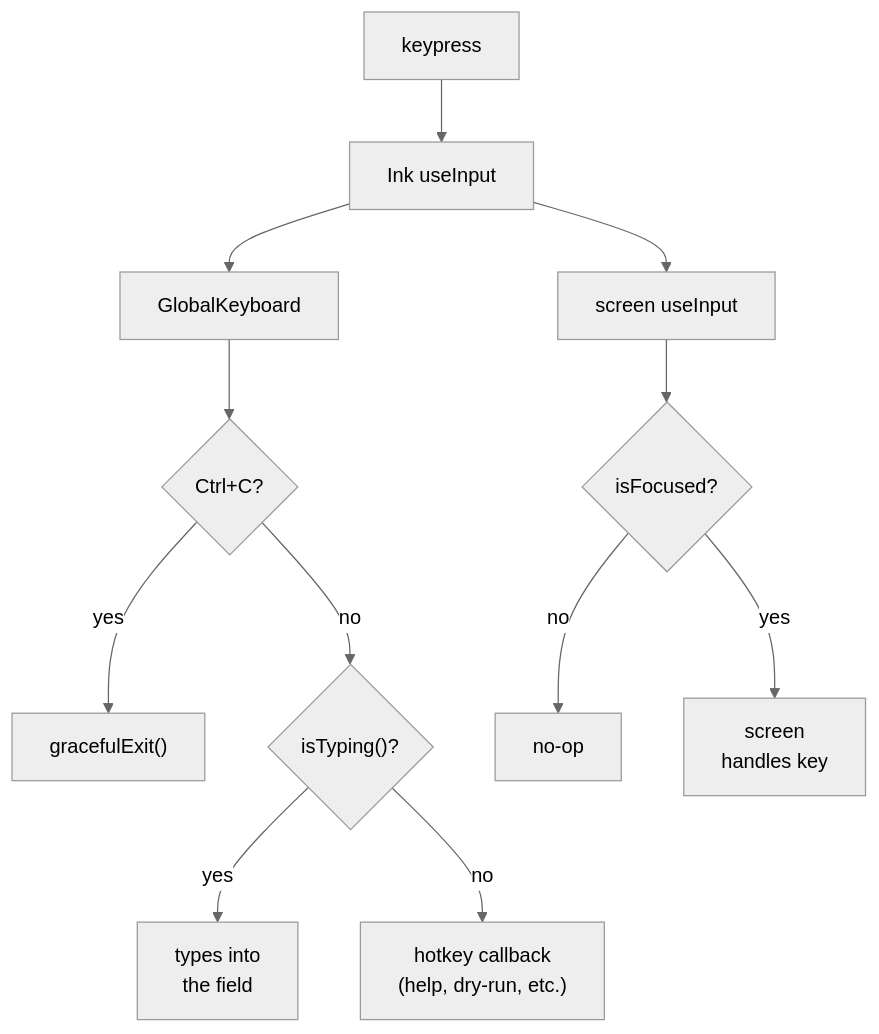
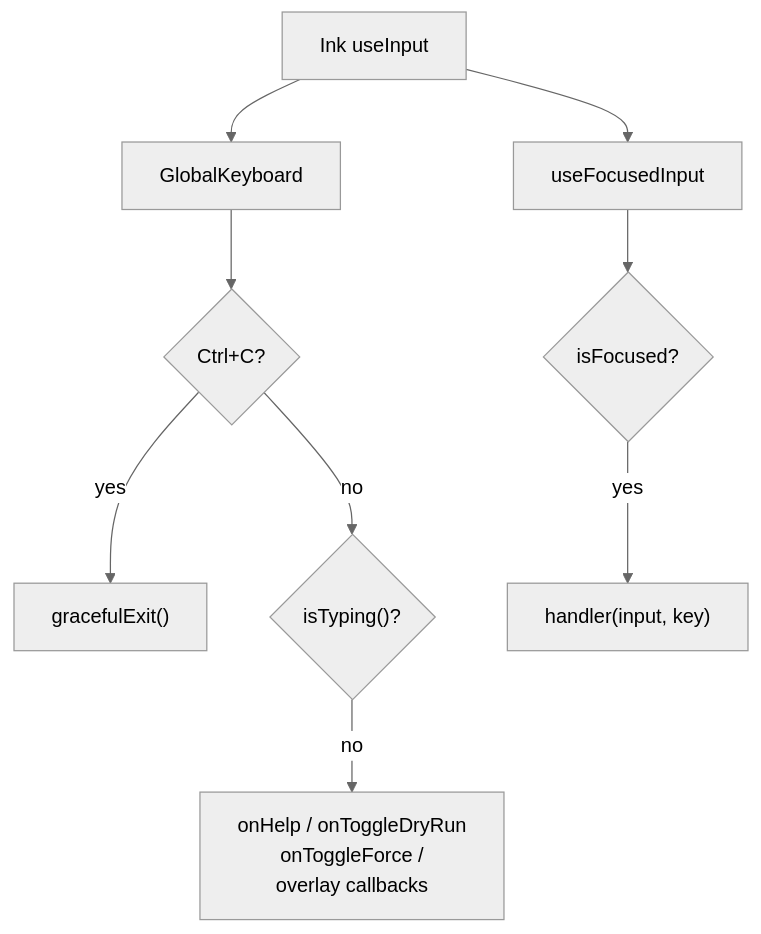
The second of 10 diagrams in docs/wiki/tui.md (noormdev/noorm), drawn with Mermaid (neutral theme) before and after one commit. The commit also changed other lines of this file and 557 other files, not shown here.

````diff
--- a/docs/wiki/tui.md
+++ b/docs/wiki/tui.md
@@ -23,14 +55,12 @@
 ```mermaid
 flowchart TD
-    Key["keypress"] --> Ink["Ink useInput"]
-    Ink --> Global["GlobalKeyboard"]
-    Ink --> Local["screen useInput"]
+    %% source: src/tui/keyboard.tsx, src/tui/focus.tsx
+    Input["Ink useInput"] --> Global["GlobalKeyboard"]
+    Input --> Local["useFocusedInput"]
     Global --> CtrlC{"Ctrl+C?"}
     CtrlC -->|yes| Exit["gracefulExit()"]
     CtrlC -->|no| Typing{"isTyping()?"}
-    Typing -->|"yes"| Drop["types into<br/>the field"]
-    Typing -->|no| GlobalAct["hotkey callback<br/>(help, dry-run, etc.)"]
+    Typing -->|no| Hotkeys["onHelp / onToggleDryRun<br/>onToggleForce /<br/>overlay callbacks"]
     Local --> Focused{"isFocused?"}
-    Focused -->|no| Ignore["no-op"]
-    Focused -->|yes| ScreenAct["screen<br/>handles key"]
+    Focused -->|yes| Handler["handler(input, key)"]
 ```
````
